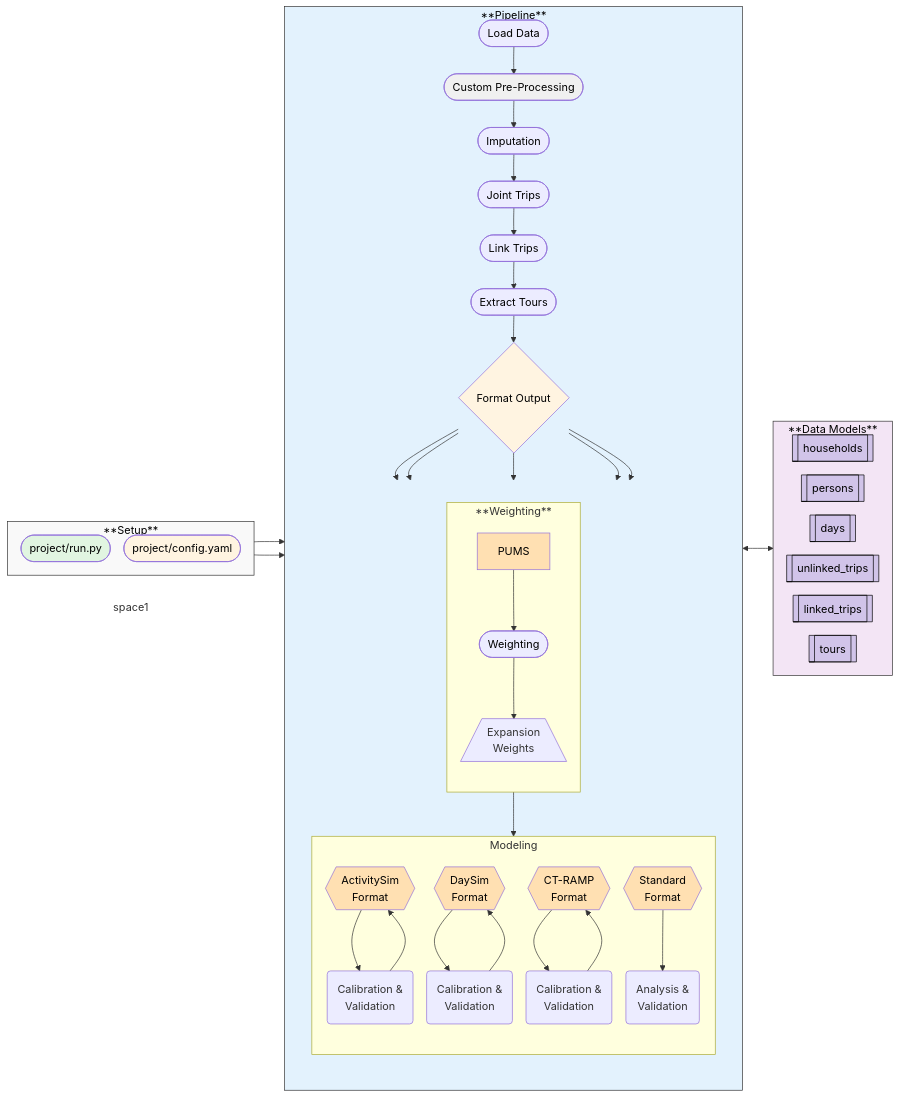
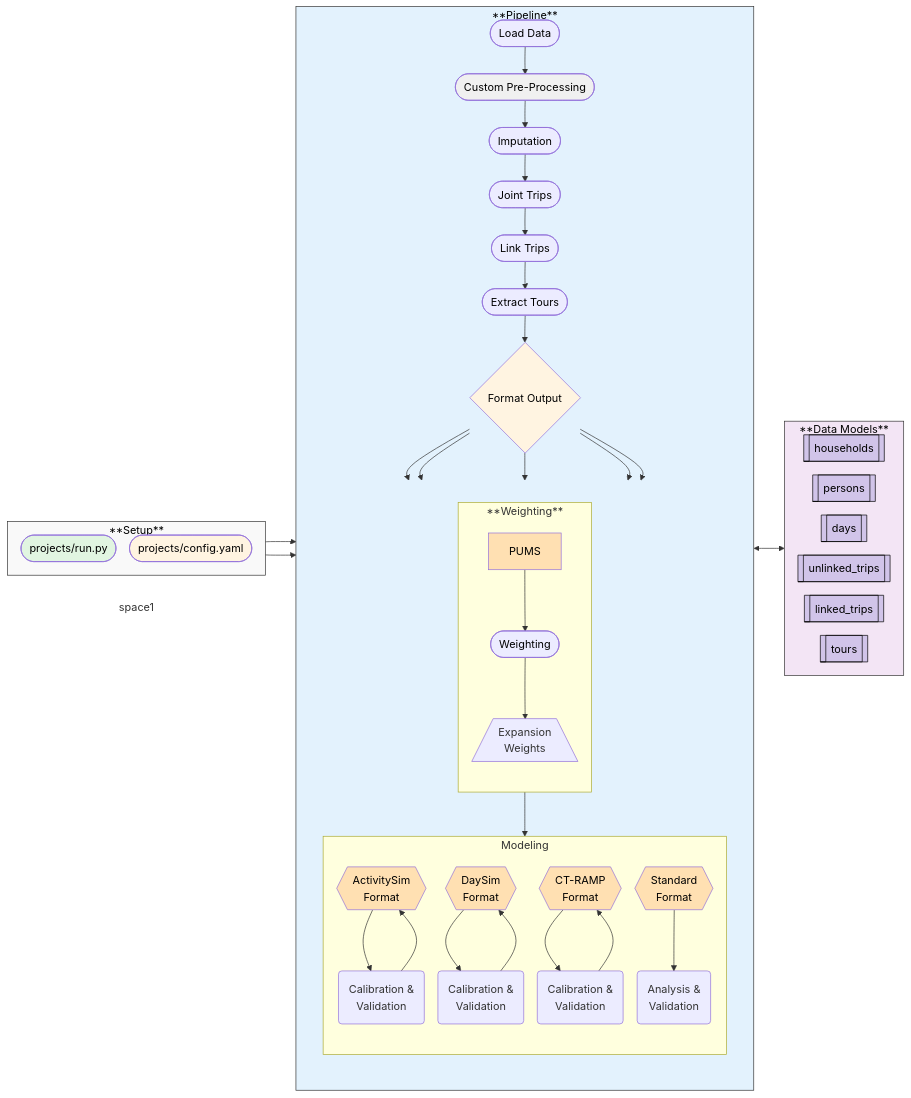
One commit to ZephyrTransport/travel-diary-survey-tools changed the diagram in README.md. Above: the diagram before and after it, drawn with Mermaid. The commit also changed other lines of this file and 37 other files, not shown here.

```diff
--- a/README.md
+++ b/README.md
@@ -76,12 +76,12 @@
 
 subgraph Setup[**Setup**]
   direction TB
-  RunPy([project/run.py])
-  ConfigYAML([project/config.yaml])
+  RunPy([projects/run.py])
+  ConfigYAML([projects/config.yaml])
 end
 
-RunPy([project/run.py]) ----> Pipeline
-ConfigYAML([project/config.yaml]) ----> Pipeline
+RunPy([projects/run.py]) ----> Pipeline
+ConfigYAML([projects/config.yaml]) ----> Pipeline
 
 subgraph Pipeline[**Pipeline**]
   direction TB
```
